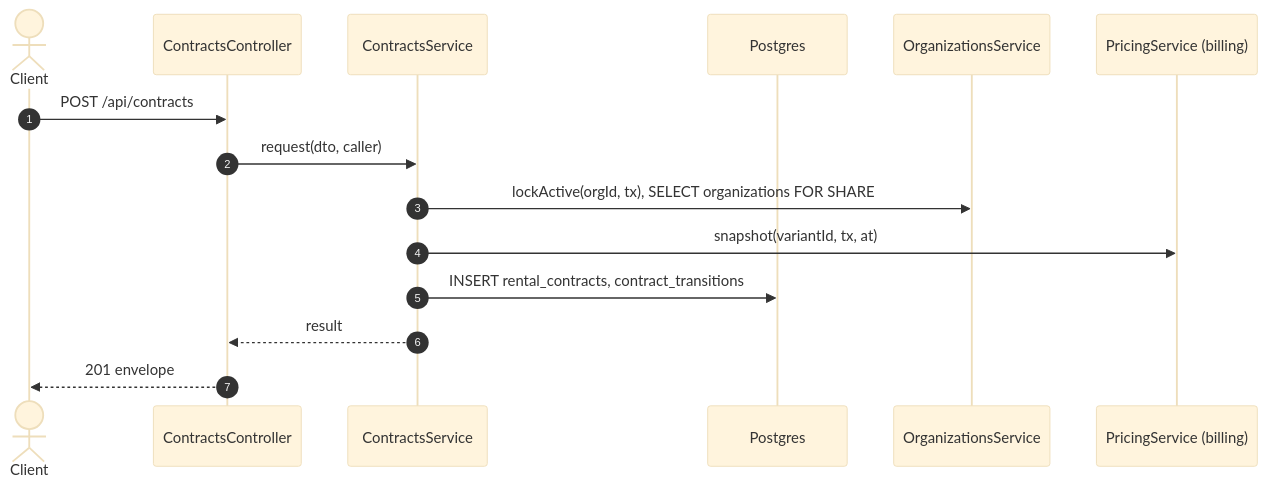
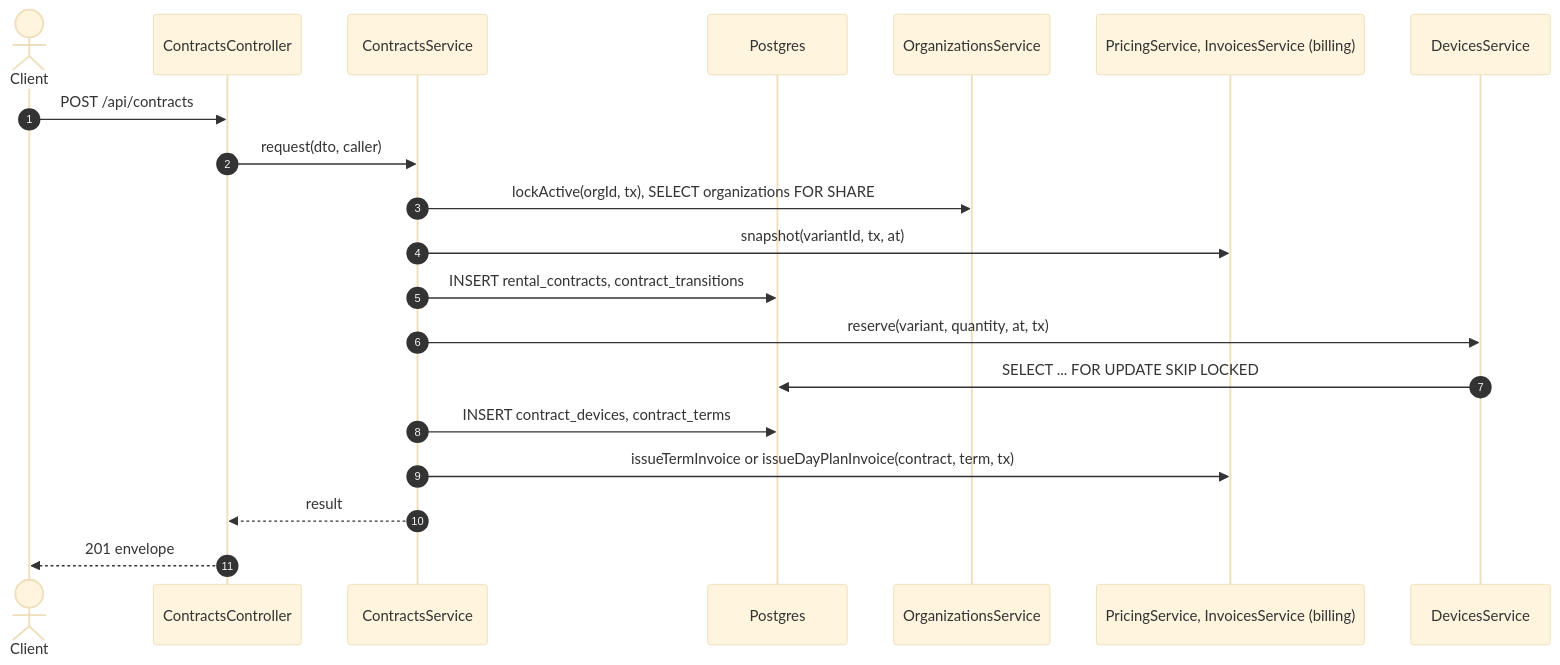
Before and after one commit to TrekLink-Team/treklink-web: the second of 2 diagrams in specs/rentals/api-design/01-post-contracts.md, drawn with Mermaid (base theme). The commit also changed other lines of this file and 11 other files, not shown here.

````diff
--- a/specs/rentals/api-design/01-post-contracts.md
+++ b/specs/rentals/api-design/01-post-contracts.md
@@ -283,17 +321,22 @@
 ```mermaid
 sequenceDiagram
     autonumber
     actor C as Client
     participant Ctl as ContractsController
     participant Svc as ContractsService
     participant DB as Postgres
     participant Org as OrganizationsService
-    participant Bill as PricingService (billing)
+    participant Bill as PricingService, InvoicesService (billing)
+    participant Dev as DevicesService
     C->>Ctl: POST /api/contracts
     Ctl->>Svc: request(dto, caller)
     Svc->>Org: lockActive(orgId, tx), SELECT organizations FOR SHARE
     Svc->>Bill: snapshot(variantId, tx, at)
     Svc->>DB: INSERT rental_contracts, contract_transitions
+    Svc->>Dev: reserve(variant, quantity, at, tx)
+    Dev->>DB: SELECT ... FOR UPDATE SKIP LOCKED
+    Svc->>DB: INSERT contract_devices, contract_terms
+    Svc->>Bill: issueTermInvoice or issueDayPlanInvoice(contract, term, tx)
     Svc-->>Ctl: result
     Ctl-->>C: 201 envelope
 ```
````
